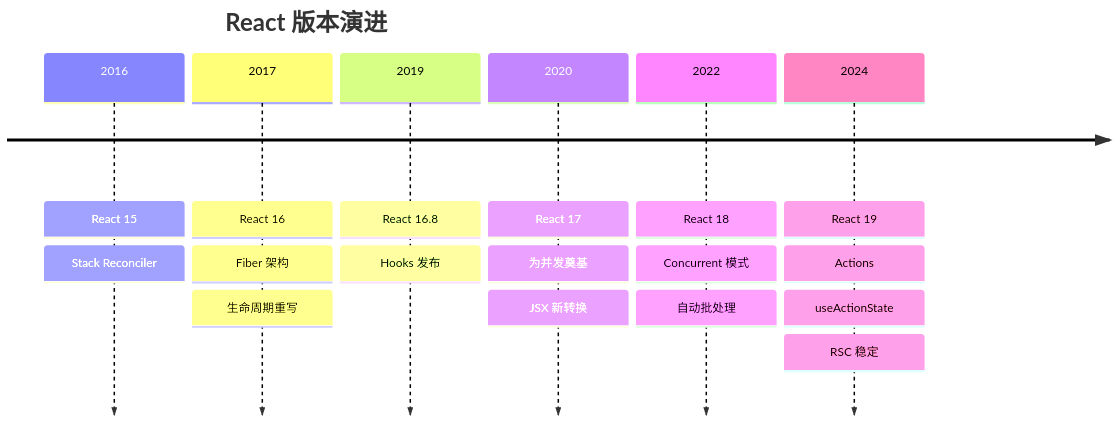
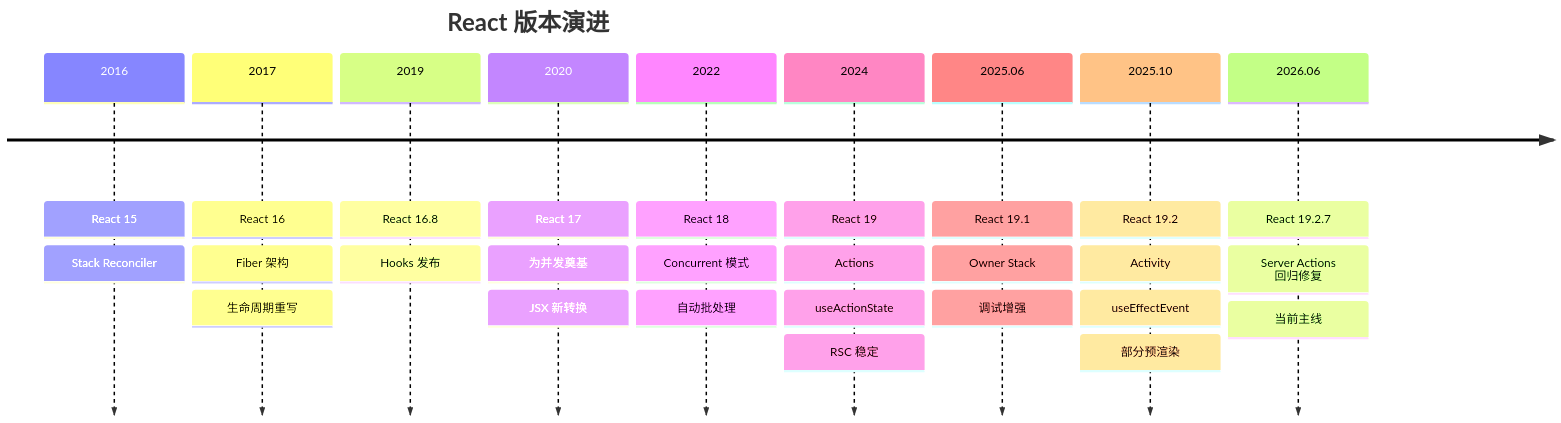
Before and after one commit to KMaybe01/interview-demo: diagram 31 of 31 in docs/S2-框架深入/06-React深入浅出解析.md, drawn with Mermaid. The commit also changed other lines of this file and 8 other files, not shown here.

````diff
--- a/docs/S2-框架深入/06-React深入浅出解析.md
+++ b/docs/S2-框架深入/06-React深入浅出解析.md
@@ -2254,10 +2254,13 @@
 ```mermaid
 timeline
     title React 版本演进
     2016 : React 15 : Stack Reconciler
     2017 : React 16 : Fiber 架构 : 生命周期重写
     2019 : React 16.8 : Hooks 发布
     2020 : React 17 : 为并发奠基 : JSX 新转换
     2022 : React 18 : Concurrent 模式 : 自动批处理
     2024 : React 19 : Actions : useActionState : RSC 稳定
+    2025.06 : React 19.1 : Owner Stack : 调试增强
+    2025.10 : React 19.2 : Activity : useEffectEvent : 部分预渲染
+    2026.06 : React 19.2.7 : Server Actions 回归修复 : 当前主线
 ```
````
